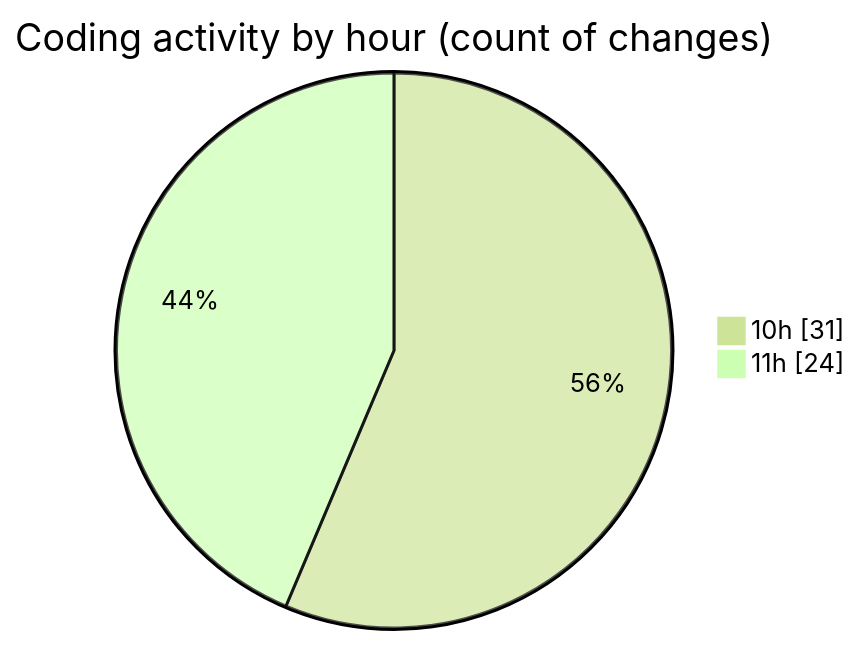
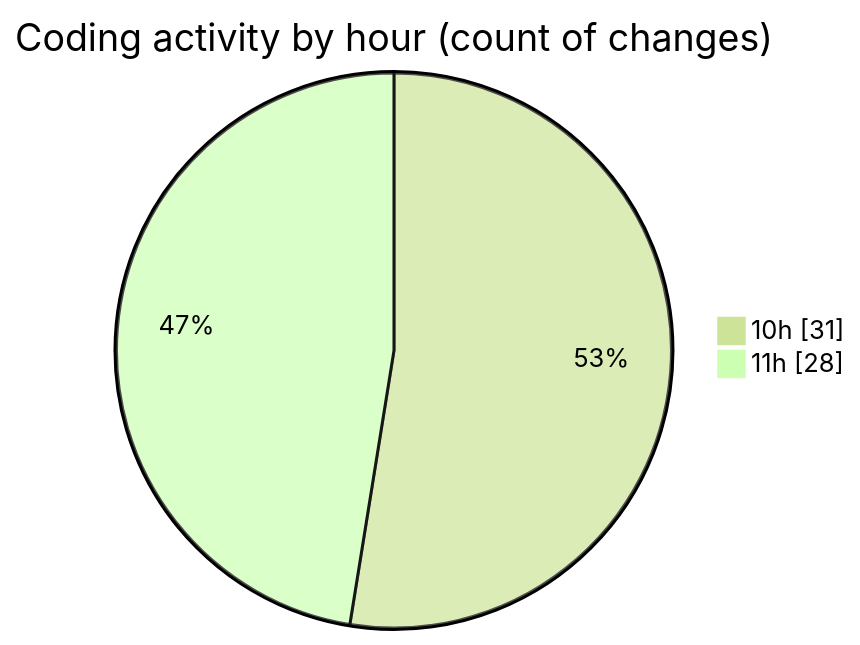
Before and after one commit to momahboobian/code-tracking: the second of 2 diagrams in 2026-03-25/cda/README.md, drawn with Mermaid (forest theme). The commit also changed other lines of this file and 1 other file, not shown here.

````diff
--- a/2026-03-25/cda/README.md
+++ b/2026-03-25/cda/README.md
@@ -30,6 +30,6 @@
 ```mermaid
 pie showData
 title Coding activity by hour (count of changes)
 "10h" : 31
-"11h" : 24
+"11h" : 28
 ```
````
